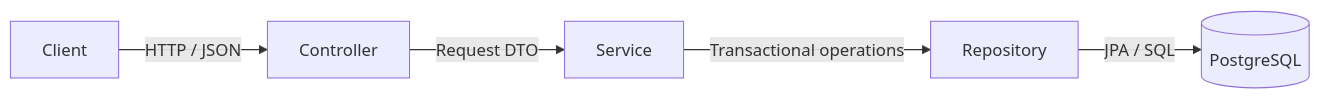
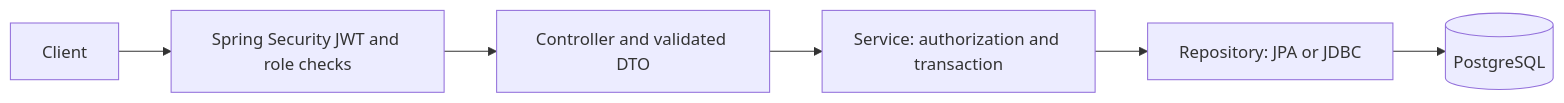
Before and after one commit to 22127433/order-management-api: the first of 2 diagrams in README.md, drawn with Mermaid. The commit also changed other lines of this file and 57 other files, not shown here.

````diff
--- a/README.md
+++ b/README.md
@@ -58,7 +46,8 @@
 ```mermaid
 flowchart LR
-    Client[Client] -->|HTTP / JSON| Controller[Controller]
-    Controller -->|Request DTO| Service[Service]
-    Service -->|Transactional operations| Repository[Repository]
-    Repository -->|JPA / SQL| DB[(PostgreSQL)]
+    Client[Client] --> Security[Spring Security JWT and role checks]
+    Security --> Controller[Controller and validated DTO]
+    Controller --> Service[Service: authorization and transaction]
+    Service --> Repository[Repository: JPA or JDBC]
+    Repository --> DB[(PostgreSQL)]
 ```
````
